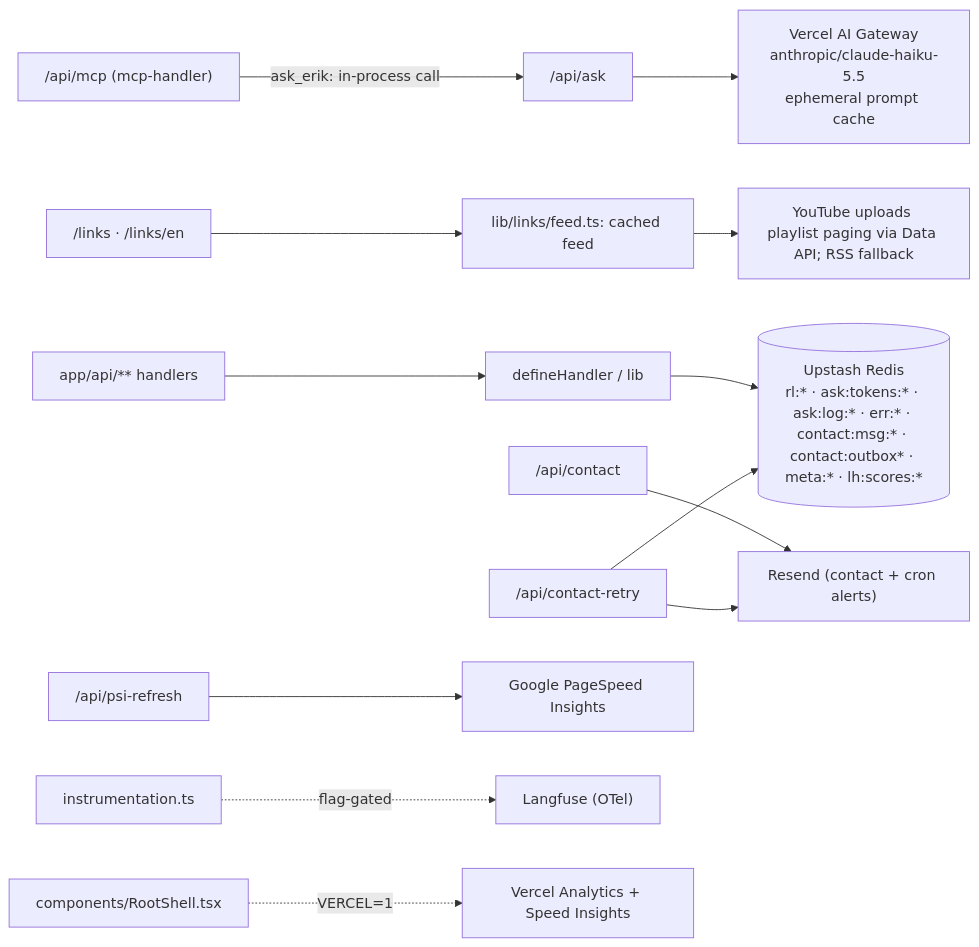
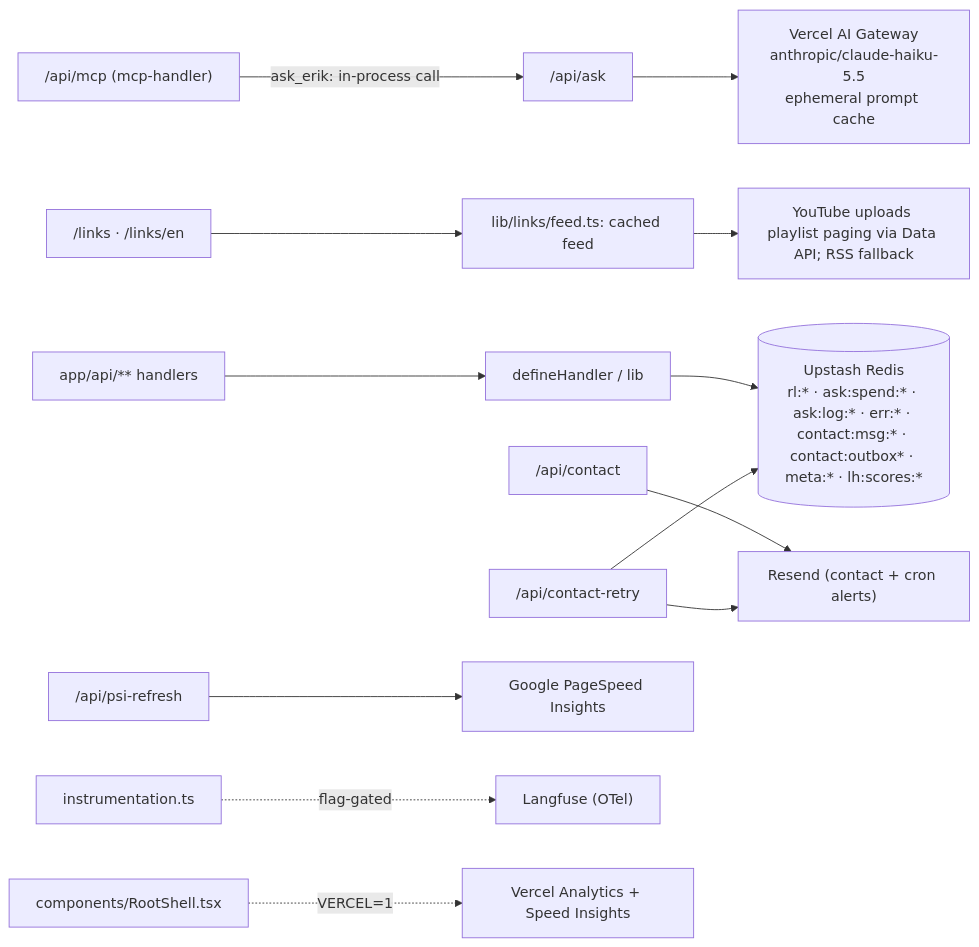
Before and after one commit to erikunha/portfolio: the diagram in docs/05-api-and-integrations.md, drawn with Mermaid. The commit also changed other lines of this file and 3 other files, not shown here.

First line of the commit message:
fix(ask): keep dollar budget counters under their own redis keys

````diff
--- a/docs/05-api-and-integrations.md
+++ b/docs/05-api-and-integrations.md
@@ -82,15 +82,15 @@
 ```mermaid
 flowchart LR
     routes["app/api/** handlers"] --> defh["defineHandler / lib"]
-    defh --> redis[("Upstash Redis<br/>rl:* · ask:tokens:* · ask:log:* · err:* · contact:msg:* · contact:outbox* · meta:* · lh:scores:*")]
+    defh --> redis[("Upstash Redis<br/>rl:* · ask:spend:* · ask:log:* · err:* · contact:msg:* · contact:outbox* · meta:* · lh:scores:*")]
     ask["/api/ask"] --> gw["Vercel AI Gateway<br/>anthropic/claude-haiku-5.5<br/>ephemeral prompt cache"]
     mcp["/api/mcp (mcp-handler)"] -->|ask_erik: in-process call| ask
     linkpages["/links · /links/en"] --> links["lib/links/feed.ts: cached feed"]
     links --> youtube["YouTube uploads playlist paging via Data API; RSS fallback"]
     contact["/api/contact"] --> resend["Resend (contact + cron alerts)"]
     retry["/api/contact-retry"] --> redis
     retry --> resend
     psicron["/api/psi-refresh"] --> psi["Google PageSpeed Insights"]
     instr["instrumentation.ts"] -.flag-gated.-> lf["Langfuse (OTel)"]
     layout["components/RootShell.tsx"] -.VERCEL=1.-> rum["Vercel Analytics + Speed Insights"]
 ```
````
